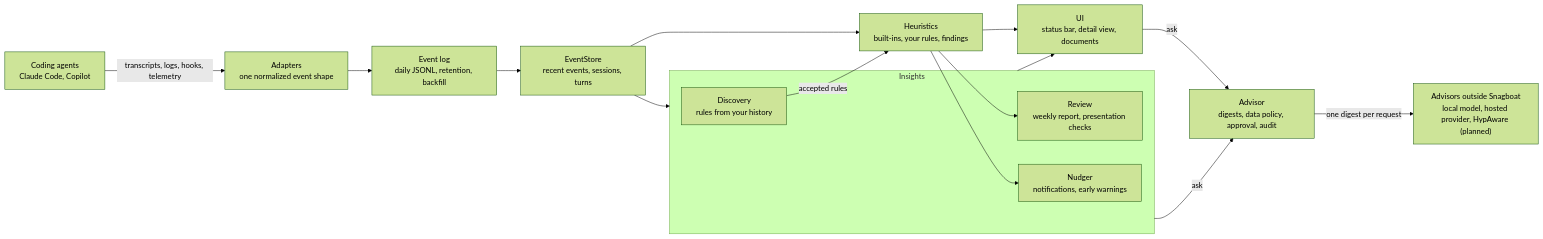
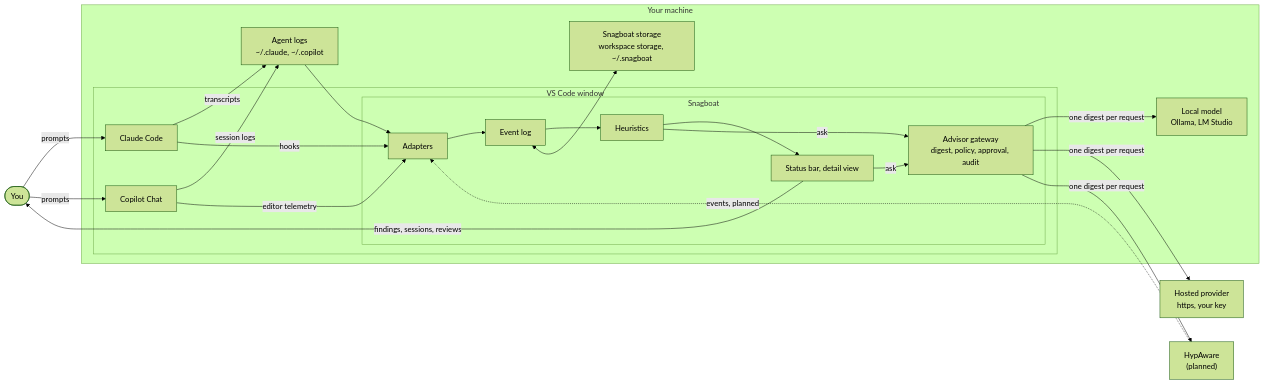
One commit to DChristianson/snagboat changed the diagram in docs/architecture.md. Above: the diagram before and after it, drawn with Mermaid (forest theme). The commit also changed other lines of this file, not shown here.

Commit message:
Draw the architecture diagram at the system level
You, VS Code, Claude Code, Copilot, Snagboat's spine, what's on disk, and
the three kinds of advisor, with HypAware's planned event-source role as
a dotted line. The module table stays under it.

````diff
--- a/docs/architecture.md
+++ b/docs/architecture.md
@@ -11,24 +11,33 @@
 ```mermaid
 flowchart LR
-  Agents["Coding agents<br>Claude Code, Copilot"]
-  Adapters["Adapters<br>one normalized event shape"]
-  Log["Event log<br>daily JSONL, retention, backfill"]
-  Store["EventStore<br>recent events, sessions, turns"]
-  Heuristics["Heuristics<br>built-ins, your rules, findings"]
-  subgraph Insights
-    Discovery["Discovery<br>rules from your history"]
-    Review["Review<br>weekly report, presentation checks"]
-    Nudger["Nudger<br>notifications, early warnings"]
+  You(["You"])
+
+  subgraph Machine["Your machine"]
+    subgraph VSCode["VS Code window"]
+      ClaudeCode["Claude Code"]
+      Copilot["Copilot Chat"]
+      subgraph Snagboat
+        Adapters --> Log["Event log"] --> Heuristics --> UI["Status bar, detail view"]
+        Advisor["Advisor gateway<br>digest, policy, approval, audit"]
+      end
+    end
+    AgentLogs["Agent logs<br>~/.claude, ~/.copilot"]
+    Storage["Snagboat storage<br>workspace storage, ~/.snagboat"]
+    LocalModel["Local model<br>Ollama, LM Studio"]
   end
-  Advisor["Advisor<br>digests, data policy, approval, audit"]
-  UI["UI<br>status bar, detail view, documents"]
-  Models["Advisors outside Snagboat<br>local model, hosted provider, HypAware (planned)"]
 
-  Agents -->|transcripts, logs, hooks, telemetry| Adapters --> Log --> Store
-  Store --> Heuristics --> UI
-  Store --> Insights
-  Heuristics --> Nudger & Review
-  Discovery -->|accepted rules| Heuristics
-  Insights --> UI
-  UI & Insights -->|ask| Advisor -->|one digest per request| Models
+  Hosted["Hosted provider<br>https, your key"]
+  HypAware["HypAware<br>(planned)"]
+
+  You -->|prompts| ClaudeCode & Copilot
+  UI -->|findings, sessions, reviews| You
+  ClaudeCode -->|transcripts| AgentLogs
+  Copilot -->|session logs| AgentLogs
+  AgentLogs --> Adapters
+  ClaudeCode -->|hooks| Adapters
+  Copilot -->|editor telemetry| Adapters
+  Log <--> Storage
+  UI & Heuristics -->|ask| Advisor
+  Advisor -->|one digest per request| LocalModel & Hosted & HypAware
+  HypAware -.->|events, planned| Adapters
 ```
````
